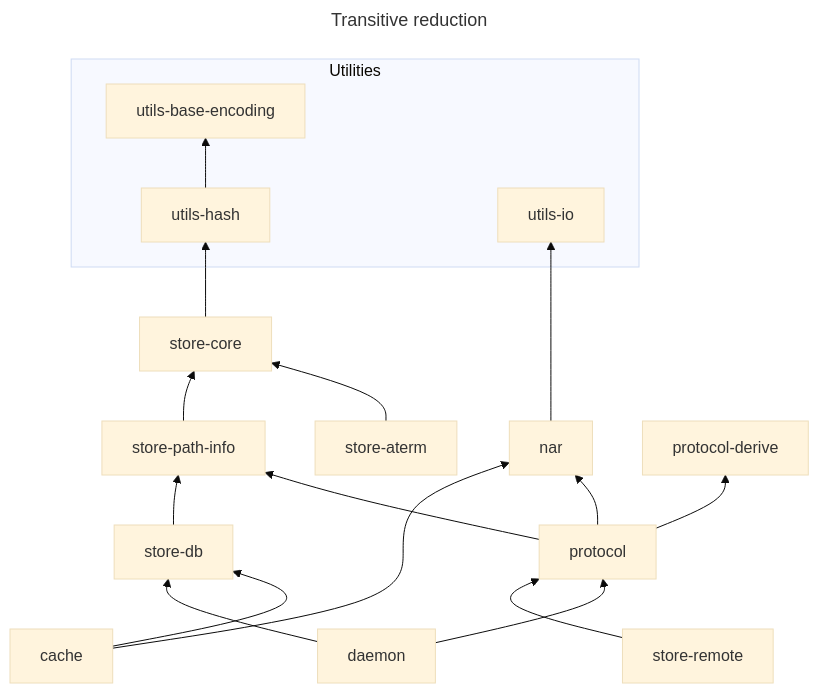
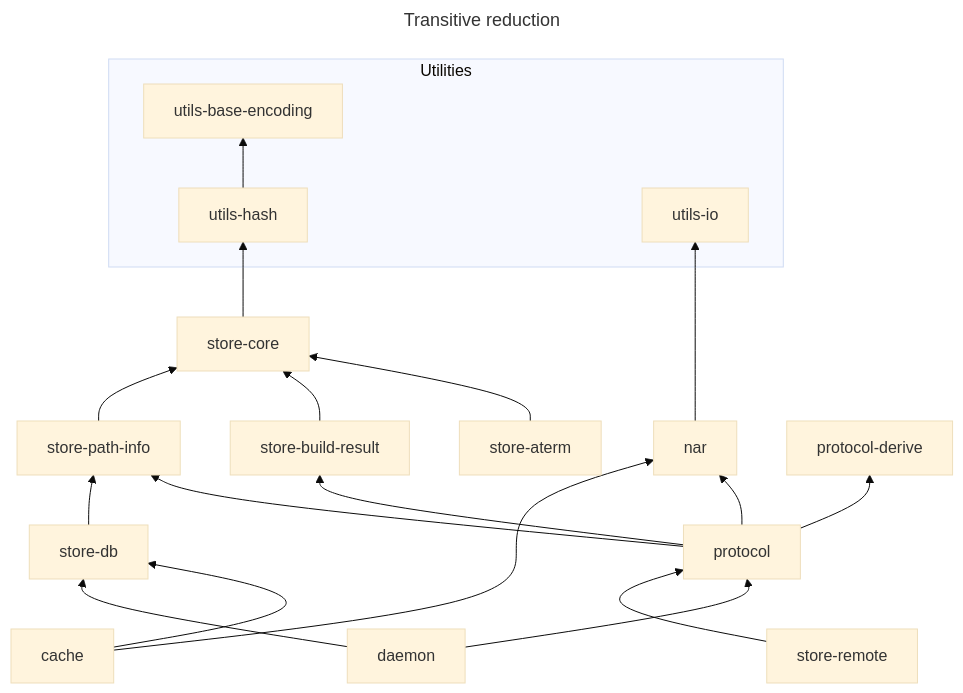
The second of 2 diagrams in docs/architecture/harmonia-store-structure.md (nix-community/harmonia), drawn with Mermaid (base theme) before and after one commit. The commit also changed other lines of this file and 11 other files, not shown here.

First line of the commit message:
Extract `BuildResult` into `harmonia-store-build-result` crate

````diff
--- a/docs/architecture/harmonia-store-structure.md
+++ b/docs/architecture/harmonia-store-structure.md
@@ -117,25 +119,27 @@
 ```mermaid
 ---
 title: Transitive reduction
 ---
 graph BT
     subgraph Utilities
         utils-base-encoding
         utils-hash
         utils-io
     end
     nar --> utils-io
     utils-hash --> utils-base-encoding
     store-core --> utils-hash
     store-aterm --> store-core
+    store-build-result --> store-core
     store-path-info --> store-core
     protocol --> nar
     protocol --> protocol-derive
+    protocol --> store-build-result
     protocol --> store-path-info
     store-db --> store-path-info
     cache --> nar
     cache --> store-db
     daemon --> protocol
     daemon --> store-db
     store-remote --> protocol
 ```
````
